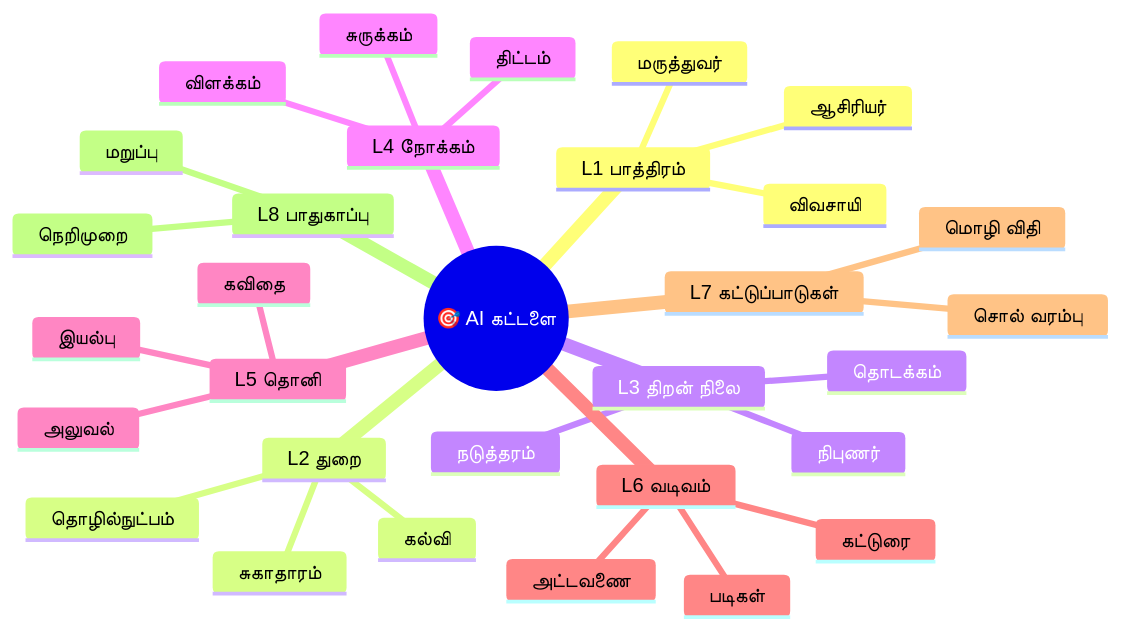
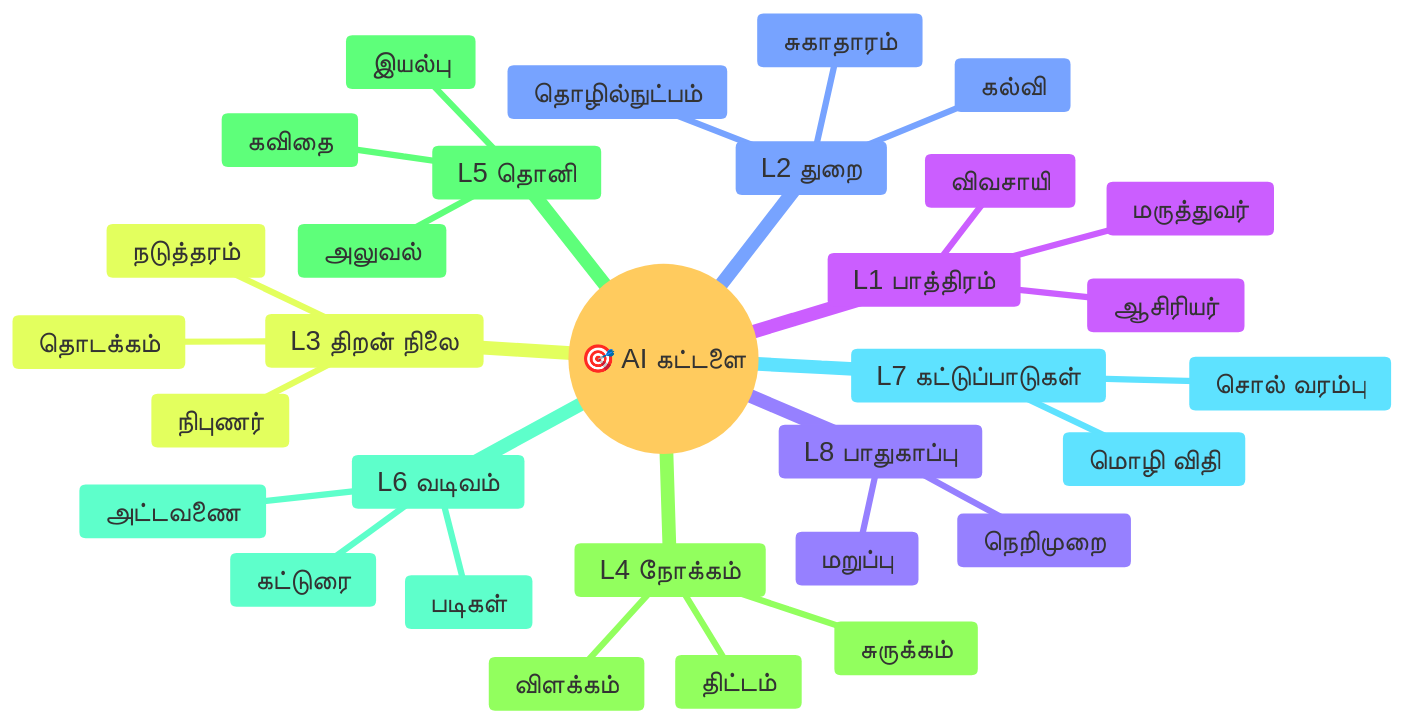
The diagram in book/images/diagrams/taxonomy-radial.mmd (kpassoubady/tamil-prompt-standard), drawn with Mermaid before and after one commit. The commit also changed 126 other files, not shown here.

First line of the commit message:
Feature/modify the reader flow (#19)

```diff
--- a/book/images/diagrams/taxonomy-radial.mmd
+++ b/book/images/diagrams/taxonomy-radial.mmd
@@ -1,32 +1,33 @@
+%%{init: {'theme': 'base', 'themeVariables': { 'fontSize': '22px', 'fontFamily': 'Arial, Helvetica, sans-serif', 'fontWeight': '600'}}}%%
 mindmap
   root(("🎯 AI கட்டளை"))
     L1 பாத்திரம்
       மருத்துவர்
       ஆசிரியர்
       விவசாயி
     L2 துறை
       சுகாதாரம்
       கல்வி
       தொழில்நுட்பம்
     L3 திறன் நிலை
       தொடக்கம்
       நடுத்தரம்
       நிபுணர்
     L4 நோக்கம்
       விளக்கம்
       சுருக்கம்
       திட்டம்
     L5 தொனி
       அலுவல்
       இயல்பு
       கவிதை
     L6 வடிவம்
       கட்டுரை
       அட்டவணை
       படிகள்
     L7 கட்டுப்பாடுகள்
       சொல் வரம்பு
       மொழி விதி
     L8 பாதுகாப்பு
       மறுப்பு
       நெறிமுறை
```
